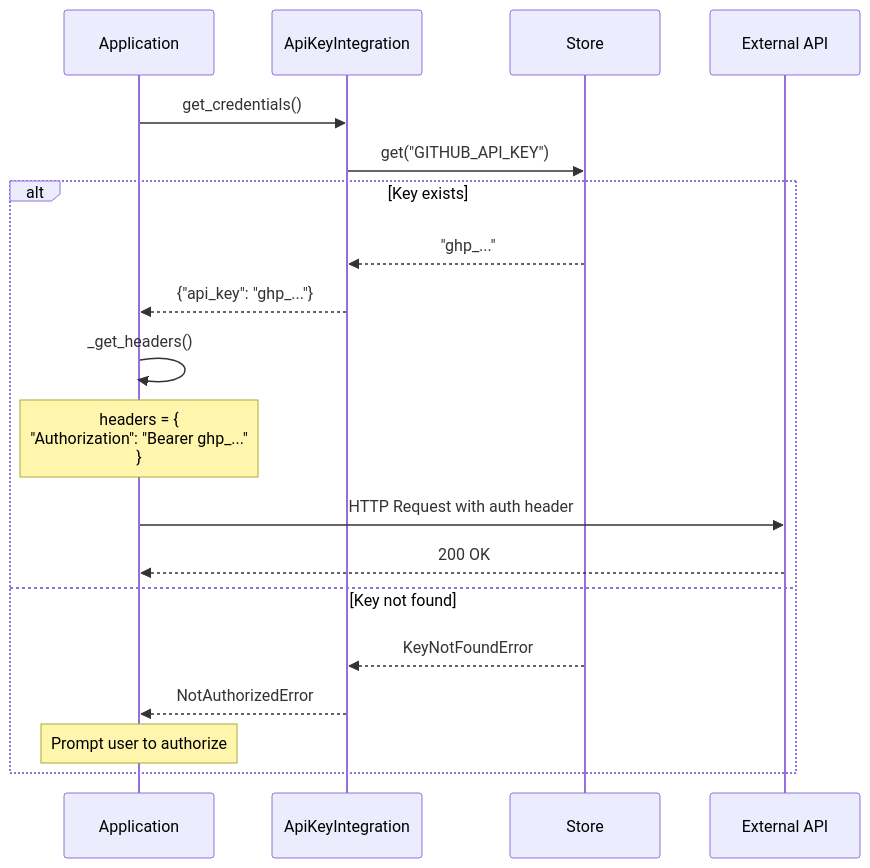
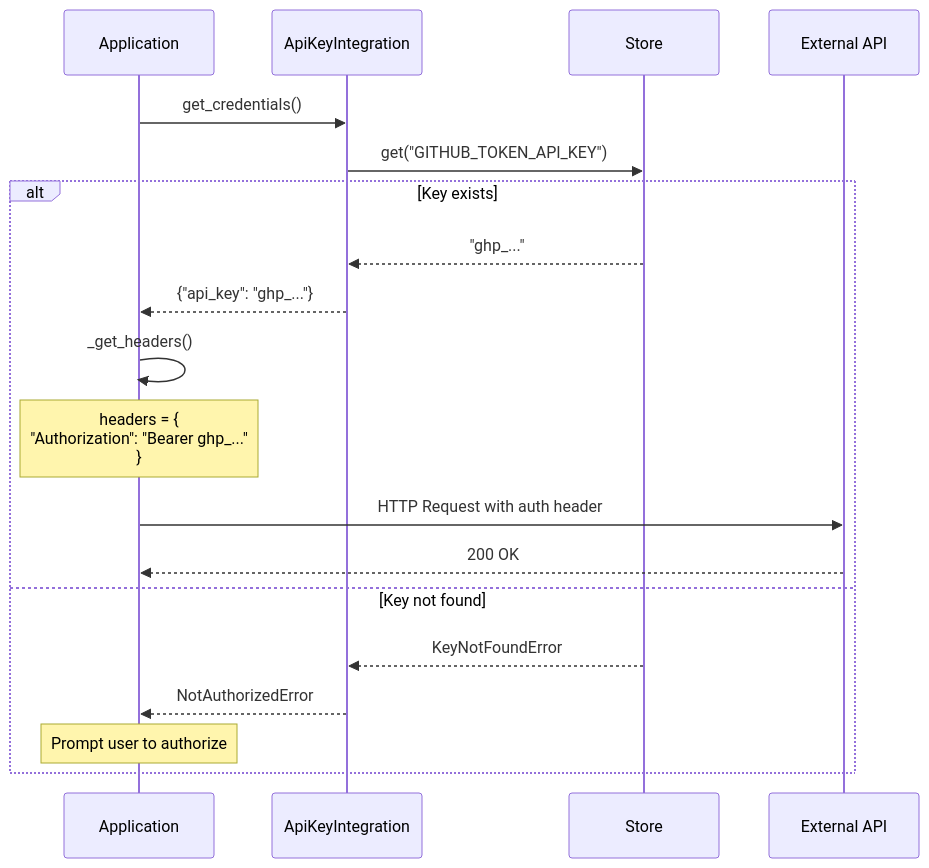
Before and after one commit to universal-mcp/universal-mcp: the second of 3 diagrams in docs/architecture/auth-flow.md, drawn with Mermaid. The commit also changed other lines of this file and 34 other files, not shown here.

First line of the commit message:
refactor: Transform to single-user SDK with modern architecture

````diff
--- a/docs/architecture/auth-flow.md
+++ b/docs/architecture/auth-flow.md
@@ -37,25 +33,25 @@
 ```mermaid
 sequenceDiagram
     participant App as Application
     participant Int as ApiKeyIntegration
     participant Store as Store
     participant API as External API
 
     App->>Int: get_credentials()
-    Int->>Store: get("GITHUB_API_KEY")
+    Int->>Store: get("GITHUB_TOKEN_API_KEY")
 
     alt Key exists
         Store-->>Int: "ghp_..."
         Int-->>App: {"api_key": "ghp_..."}
 
         App->>App: _get_headers()
         Note over App: headers = {<br/>  "Authorization": "Bearer ghp_..."<br/>}
 
         App->>API: HTTP Request with auth header
         API-->>App: 200 OK
     else Key not found
         Store-->>Int: KeyNotFoundError
         Int-->>App: NotAuthorizedError
         Note over App: Prompt user to authorize
     end
 ```
````
